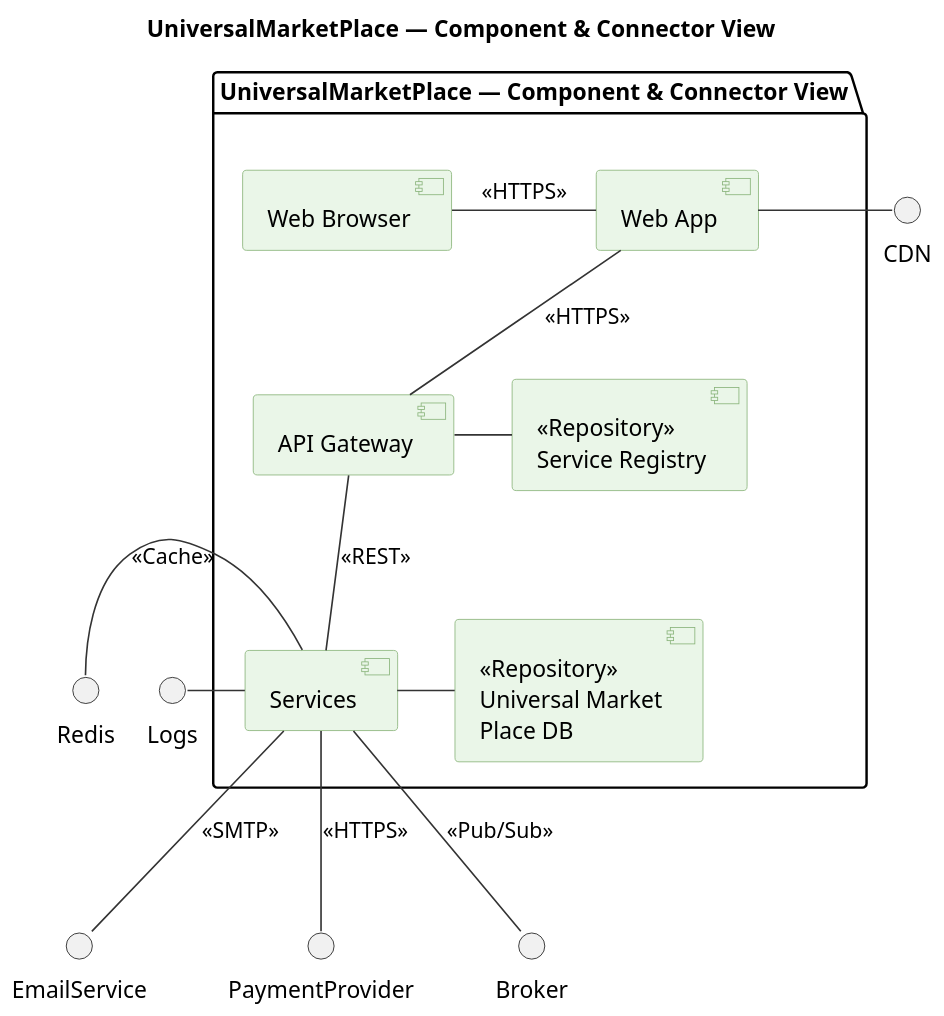
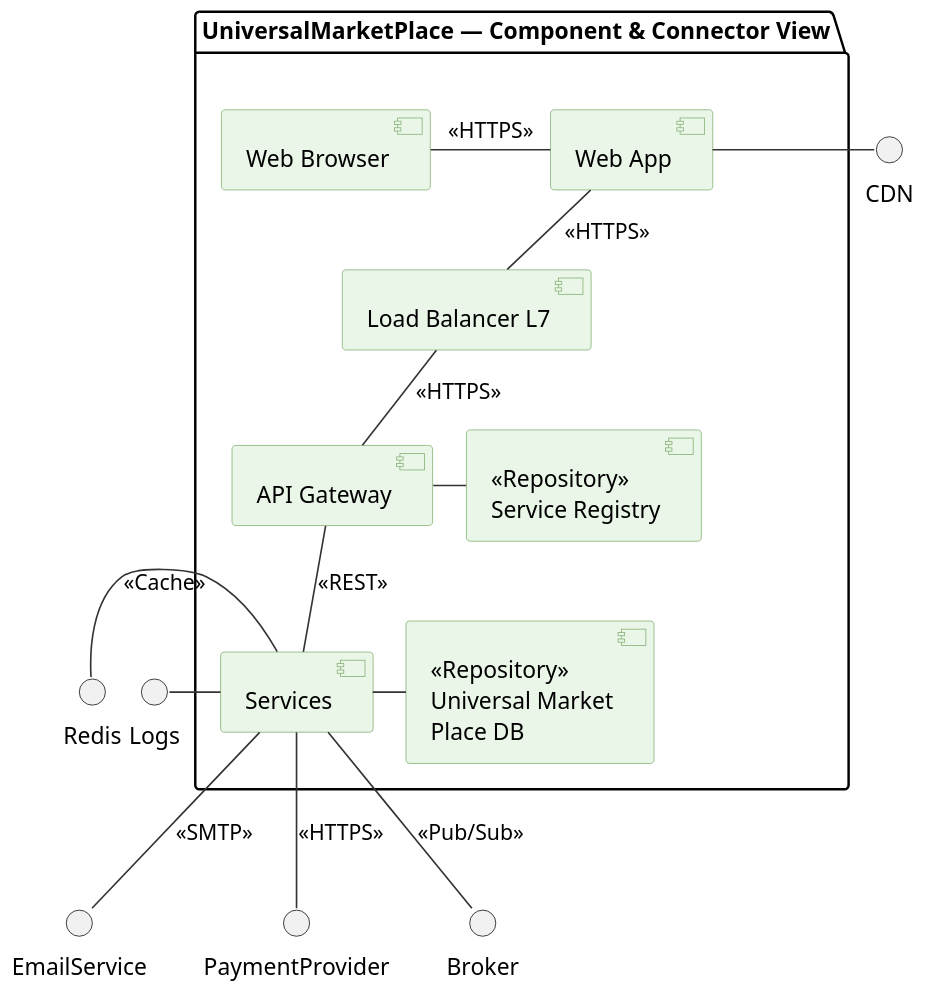
Before and after one commit to LucasPierru/MGL844-Projet-1-UniversalMarketPlace: the diagram in cnc-overview.puml, drawn with PlantUML. The commit also changed 9 other files, not shown here.

```diff
--- a/cnc-overview.puml
+++ b/cnc-overview.puml
@@ -1,43 +1,43 @@
 @startuml Compact_SEI_ECom_CnC_v2
 ' Compact SEI-style Component & Connector view (actor-free)
 ' DB shown with JDBC access and entity components
 
 /' left to right direction '/
 skinparam dpi 140
 /' skinparam componentStyle rectangle '/
 skinparam shadowing false
 skinparam defaultFontName "Arial"
 skinparam ArrowColor #333
-/' skinparam nodesep 20
-skinparam ranksep 30 '/
+skinparam nodesep 20
+skinparam ranksep 30
 skinparam component { 
   BackgroundColor #eaf6e8
   BorderColor #88b379
 }
 
-title UniversalMarketPlace — Component & Connector View
-
 package "UniversalMarketPlace — Component & Connector View" {
   component "Web Browser" as WB 
   component "Web App" as WA 
+  component "Load Balancer L7" as LB
   component "API Gateway" as APIGW
   component "<<Repository>>\nService Registry" as SR
   component "Services" as Services
   component "<<Repository>>\nUniversal Market\nPlace DB" as DB
 /'   component "Redis cache" as Redis '/
   WB -r- WA : <<HTTPS>>
-  WA -d- APIGW : <<HTTPS>>
+  WA -d- LB : <<HTTPS>>
+  LB -d- APIGW : <<HTTPS>>
   APIGW -r-  SR
   APIGW -d-  Services : <<REST>>
   Services -r- DB
 }
 
 CDN -r- WA
 Services -l- Logs
 Services -d- EmailService : <<SMTP>>
 Services -d- PaymentProvider : <<HTTPS>>
 Services -d- Broker : <<Pub/Sub>>
 Services -l- Redis : <<Cache>>
 
 
 @enduml
```
